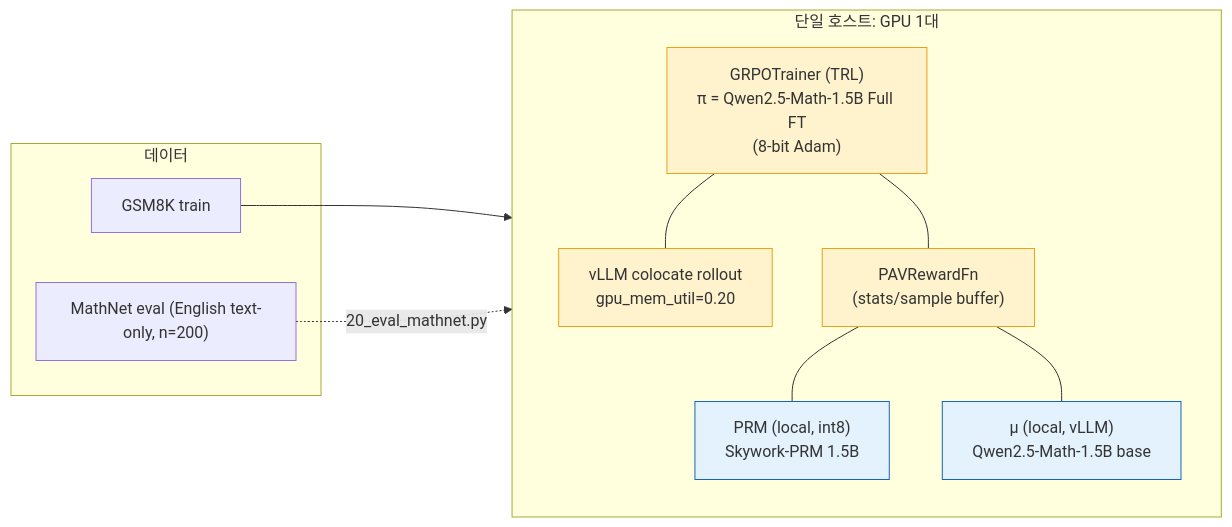
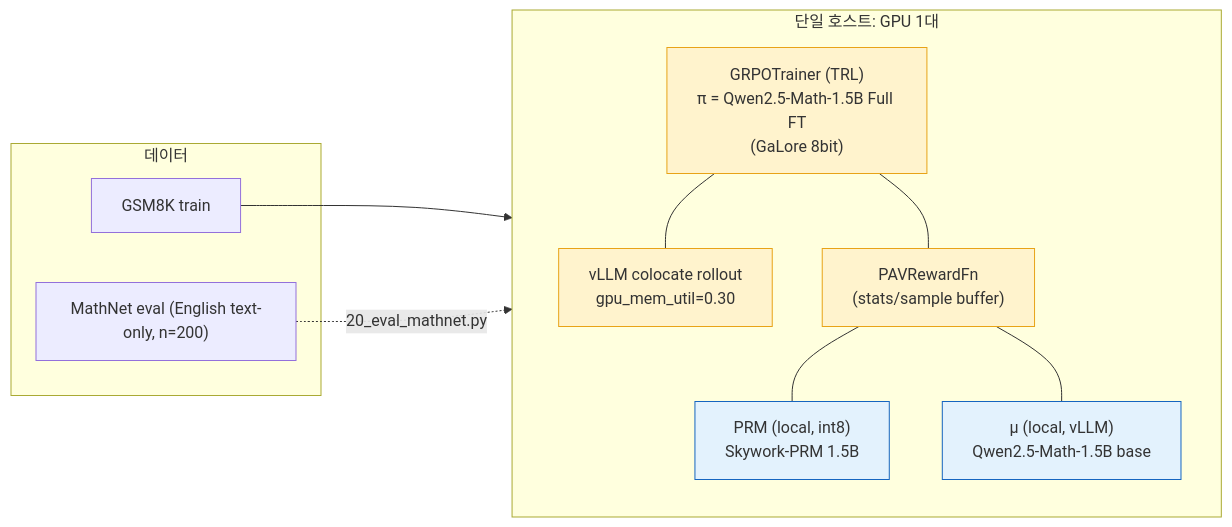
The first of 6 diagrams in PAV/docs/TRAINING_FLOW.md (LeeSongHeon-LSH/DRL-TERM_PROJECT), drawn with Mermaid before and after one commit. The commit also changed other lines of this file and 5 other files, not shown here.

````diff
--- a/PAV/docs/TRAINING_FLOW.md
+++ b/PAV/docs/TRAINING_FLOW.md
@@ -16,28 +16,28 @@
 ```mermaid
 flowchart LR
     subgraph Host["단일 호스트: GPU 1대"]
         direction TB
-        TRAIN["GRPOTrainer (TRL)<br>π = Qwen2.5-Math-1.5B Full FT<br>(8-bit Adam)"]
-        VLLM["vLLM colocate rollout<br>gpu_mem_util=0.20"]
+        TRAIN["GRPOTrainer (TRL)<br>π = Qwen2.5-Math-1.5B Full FT<br>(GaLore 8bit)"]
+        VLLM["vLLM colocate rollout<br>gpu_mem_util=0.30"]
         REWARD["PAVRewardFn<br>(stats/sample buffer)"]
         PRM_LOC["PRM (local, int8)<br>Skywork-PRM 1.5B"]
         MU_LOC["μ (local, vLLM)<br>Qwen2.5-Math-1.5B base"]
         TRAIN --- VLLM
         TRAIN --- REWARD
         REWARD --- PRM_LOC
         REWARD --- MU_LOC
     end
 
     subgraph Data["데이터"]
         GSM["GSM8K train"]
         MN["MathNet eval (English text-only, n=200)"]
     end
 
     GSM --> TRAIN
     MN -. "20_eval_mathnet.py" .-> VLLM
 
     classDef main fill:#fff3cd,stroke:#e8a317
     classDef local fill:#e3f2fd,stroke:#1565c0
     class TRAIN,VLLM,REWARD main
     class PRM_LOC,MU_LOC local
 ```
````
